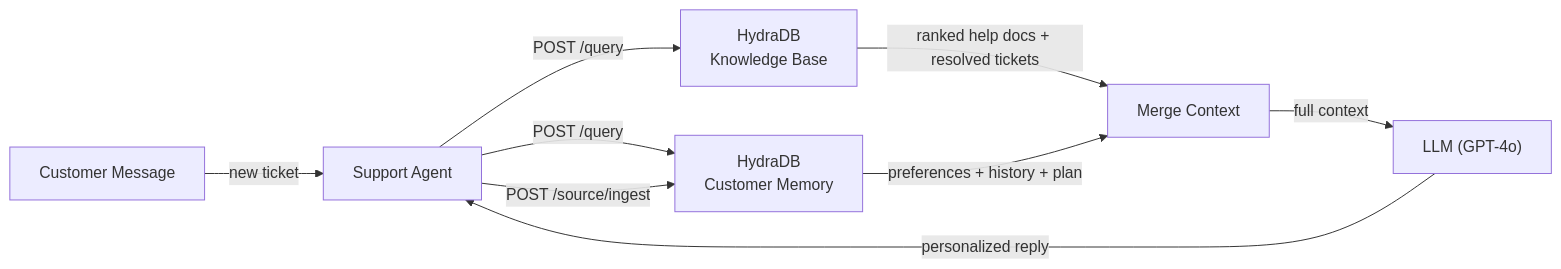
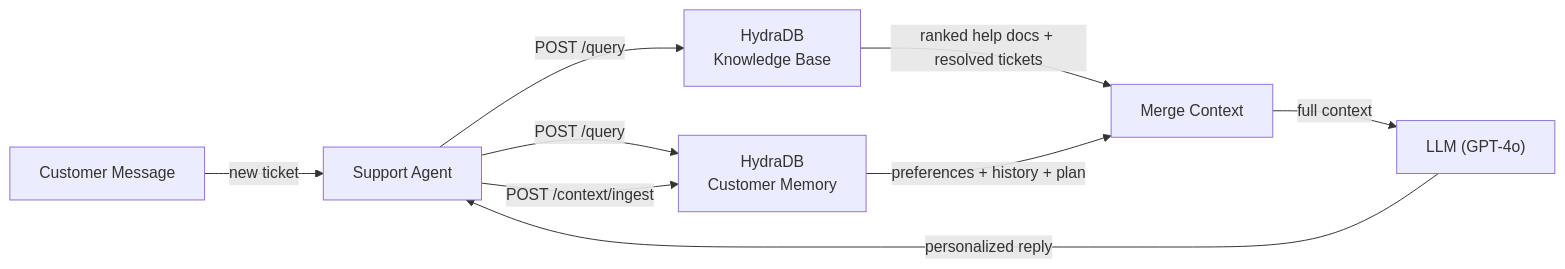
Before and after one commit to sreeramgvp11/mintlify-docs: the diagram in cookbooks/v2/customer-support-agent.mdx, drawn with Mermaid. The commit also changed other lines of this file and 19 other files, not shown here.

````diff
--- a/cookbooks/v2/customer-support-agent.mdx
+++ b/cookbooks/v2/customer-support-agent.mdx
@@ -59,11 +59,11 @@
 ```mermaid
 graph LR
     A["Customer Message"] -->|"new ticket"| B["Support Agent"]
     B -->|"POST /query"| C["HydraDB\nKnowledge Base"]
     B -->|"POST /query"| D["HydraDB\nCustomer Memory"]
     C -->|"ranked help docs + resolved tickets"| E["Merge Context"]
     D -->|"preferences + history + plan"| E
     E -->|"full context"| F["LLM (GPT-4o)"]
     F -->|"personalized reply"| B
-    B -->|"POST /source/ingest"| D
+    B -->|"POST /context/ingest"| D
 ```
````
